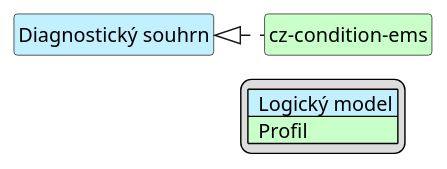
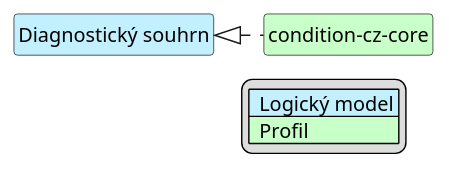
One commit to HL7-cz/cz-ems changed the diagram in input/images-source/emsDiagnosticSummary-map-cs.plantuml. Above: the diagram before and after it, drawn with PlantUML. The commit also changed 23 other files, not shown here.

```diff
--- a/input/images-source/emsDiagnosticSummary-map-cs.plantuml
+++ b/input/images-source/emsDiagnosticSummary-map-cs.plantuml
@@ -1,21 +1,21 @@
 @startuml
 hide circle
 hide stereotype
 hide members
 hide methods
 skinparam linetype ortho
 skinparam class {
 BackgroundColor<<LogicalModel>> #APPLICATION
 BackgroundColor<<Profile>> #TECHNOLOGY
 }
 legend right
 | <#APPLICATION>  Logický model |
 | <#TECHNOLOGY>  Profil |
 endlegend
 
 class "Diagnostický souhrn" <<LogicalModel>> [[StructureDefinition-LogDiagnostickySouhrnCz.html]]
 
-class "cz-condition-ems" <<Profile>> [[StructureDefinition-cz-condition-ems.html]]
+class "condition-cz-core" <<Profile>> [[https://build.fhir.org/ig/HL7-cz/cz-core/StructureDefinition-condition-cz-core.html]]
 
-"Diagnostický souhrn" <|. "cz-condition-ems"
+"Diagnostický souhrn" <|. "condition-cz-core"
 @enduml
```
